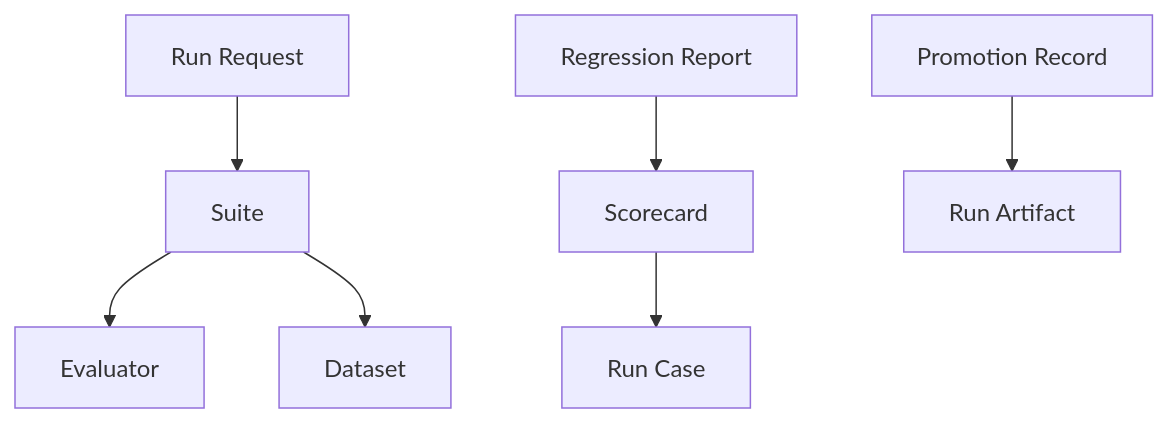
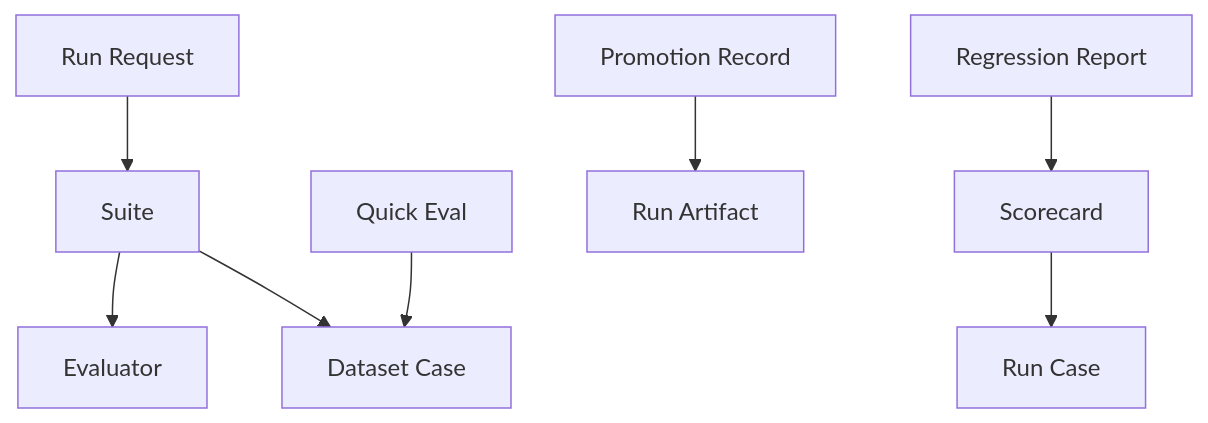
Before and after one commit to BintzGavin/apastra: the diagram in docs/dashboards/schema-dependency-graph.md, drawn with Mermaid. The commit also changed 7 other files, not shown here.

````diff
--- a/docs/dashboards/schema-dependency-graph.md
+++ b/docs/dashboards/schema-dependency-graph.md
@@ -12,9 +12,10 @@
 ```mermaid
 graph TD
   A[Run Request] --> B[Suite]
   B --> C[Evaluator]
   B --> D[Dataset]
   E[Scorecard] --> F[Run Case]
   G[Regression Report] --> E
   H[Promotion Record] --> I[Run Artifact]
+  J[Quick Eval] --> D[Dataset Case]
 ```
````
